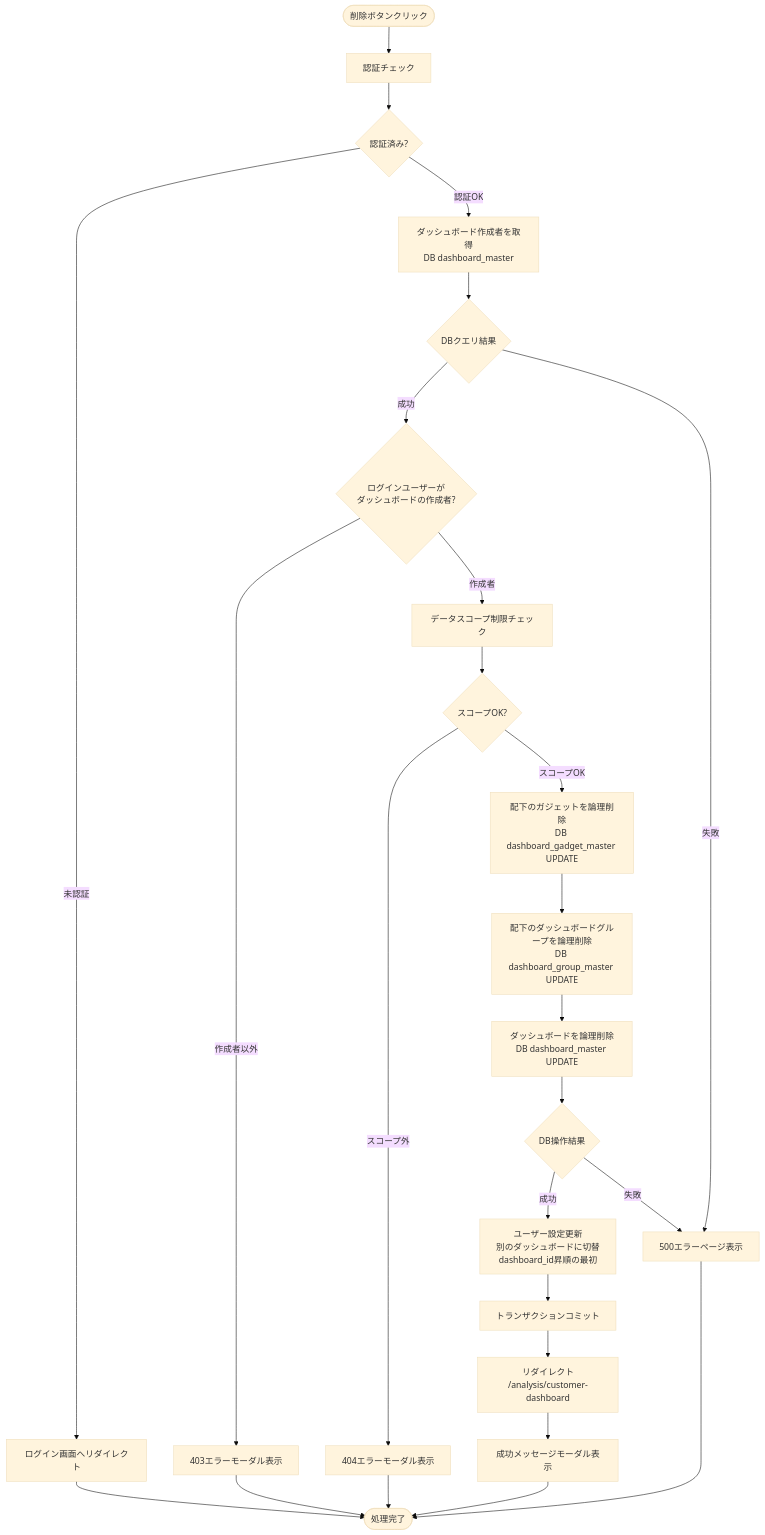
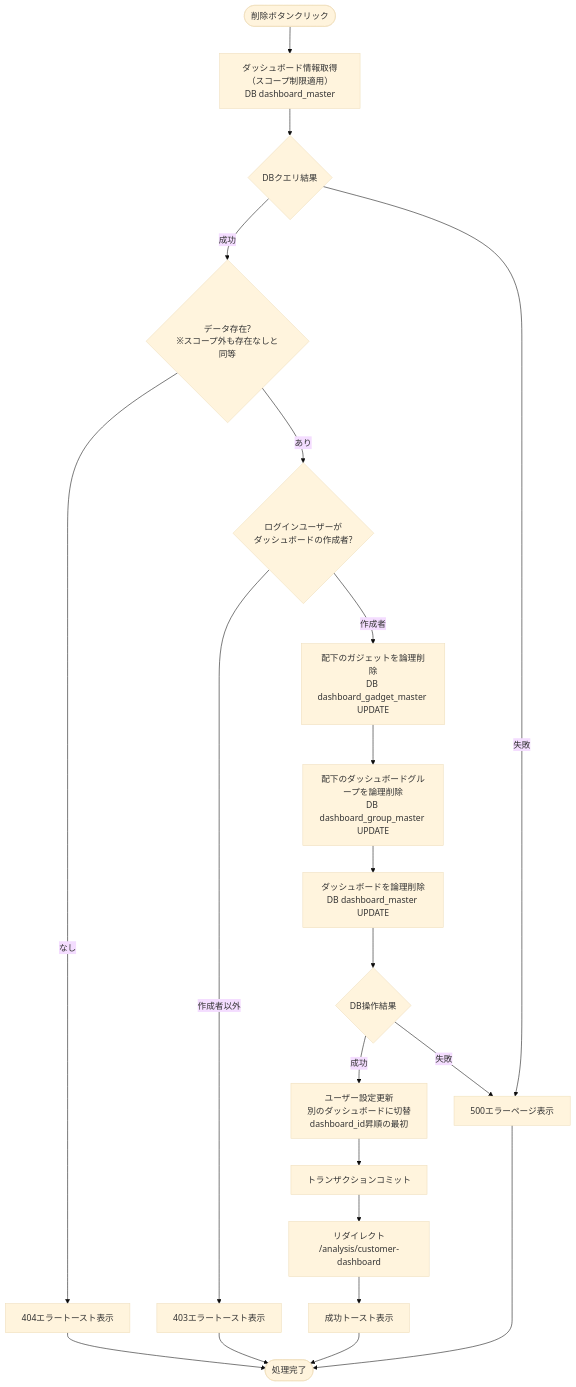
Before and after one commit to NSW-SVCP-AIWG002/Databricks-IoT: the sixth of 17 diagrams in docs/03-features/flask-app/customer-dashboard/common/workflow-specification.md, drawn with Mermaid (base theme). The commit also changed other lines of this file and 3 other files, not shown here.

````diff
--- a/docs/03-features/flask-app/customer-dashboard/common/workflow-specification.md
+++ b/docs/03-features/flask-app/customer-dashboard/common/workflow-specification.md
@@ -1138,34 +1332,28 @@
 ```mermaid
 flowchart TD
-    Start([削除ボタンクリック]) --> Auth[認証チェック]
-    Auth --> CheckAuth{認証済み?}
-    CheckAuth -->|未認証| LoginRedirect[ログイン画面へリダイレクト]
-    CheckAuth -->|認証OK| DashboardQuery[ダッシュボード作成者を取得<br>DB dashboard_master]
-
+    Start([削除ボタンクリック]) --> DashboardQuery[ダッシュボード情報取得（スコープ制限適用）<br>DB dashboard_master]
     DashboardQuery --> CheckDashboardQuery{DBクエリ結果}
-    CheckDashboardQuery -->|成功| CheckCreator{ログインユーザーが<br>ダッシュボードの作成者?}
+    CheckDashboardQuery -->|成功| CheckDashboard{データ存在?<br>※スコープ外も存在なしと同等}
     CheckDashboardQuery -->|失敗| Error500[500エラーページ表示]
 
-    CheckCreator -->|作成者以外| Error403[403エラーモーダル表示]
-    CheckCreator -->|作成者| Scope[データスコープ制限チェック]
+    CheckDashboard -->|なし| Error404[404エラートースト表示]
+    CheckDashboard -->|あり| CheckCreator{ログインユーザーが<br>ダッシュボードの作成者?}
 
-    Scope --> CheckScope{スコープOK?}
-    CheckScope -->|スコープ外| Error404[404エラーモーダル表示]
-    CheckScope -->|スコープOK| DeleteGadgets[配下のガジェットを論理削除<br>DB dashboard_gadget_master UPDATE]
+    CheckCreator -->|作成者以外| Error403[403エラートースト表示]
+    CheckCreator -->|作成者| DeleteGadgets[配下のガジェットを論理削除<br>DB dashboard_gadget_master UPDATE]
 
     DeleteGadgets --> DeleteGroups[配下のダッシュボードグループを論理削除<br>DB dashboard_group_master UPDATE]
     DeleteGroups --> DeleteDashboard[ダッシュボードを論理削除<br>DB dashboard_master UPDATE]
     DeleteDashboard --> CheckDelete{DB操作結果}
     CheckDelete -->|成功| UpdateSetting[ユーザー設定更新<br>別のダッシュボードに切替<br>dashboard_id昇順の最初]
     CheckDelete -->|失敗| Error500
 
     UpdateSetting --> Commit[トランザクションコミット]
     Commit --> Redirect[リダイレクト<br>/analysis/customer-dashboard]
-    Redirect --> 200OK[成功メッセージモーダル表示]
+    Redirect --> 200OK[成功トースト表示]
 
-    LoginRedirect --> End([処理完了])
-    200OK --> End
+    200OK --> End([処理完了])
     Error403 --> End
     Error404 --> End
     Error500 --> End
 ```
````
